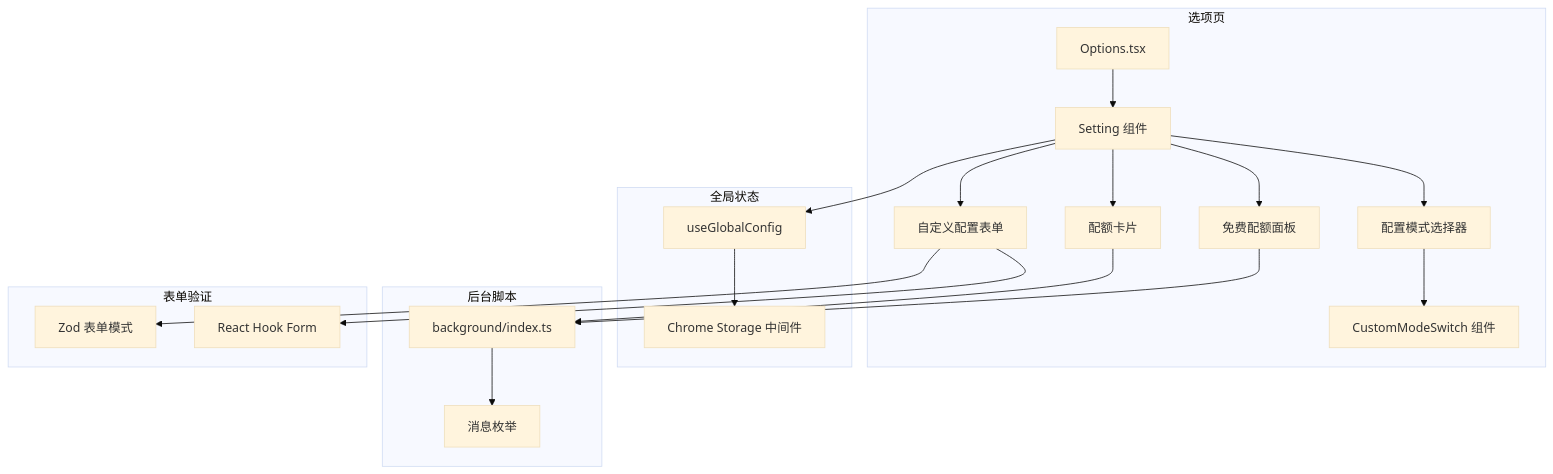
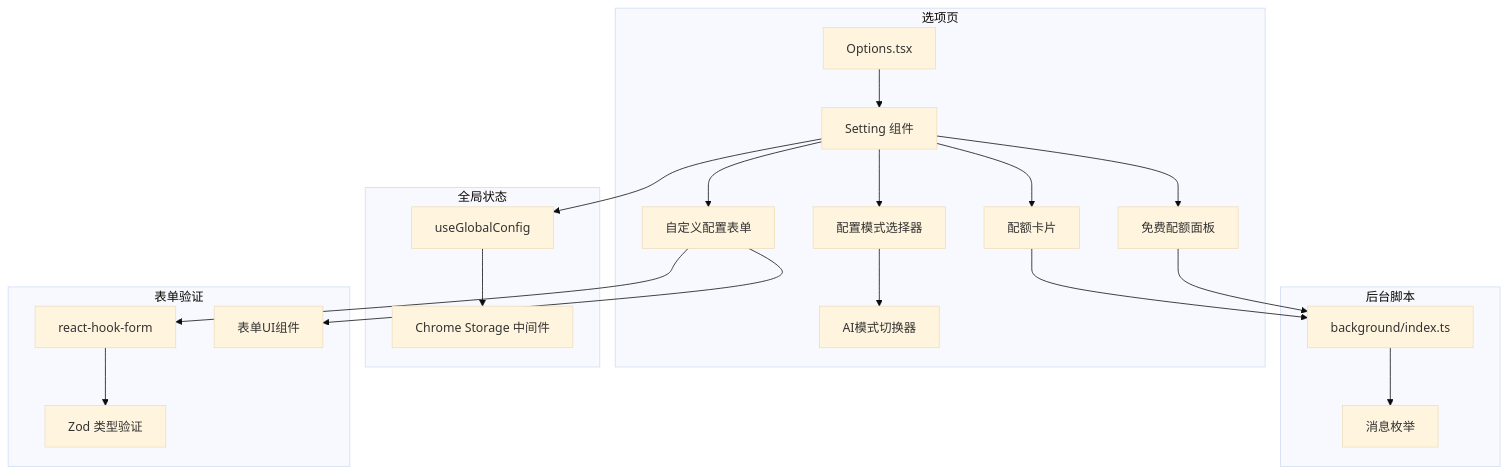
One commit to RadiumAg/bilibili-favorites changed the first of 8 diagrams in .qoder/repowiki/zh/content/核心功能模块/配置管理系统.md. Above: the diagram before and after it, drawn with Mermaid (base theme). The commit also changed other lines of this file and 27 other files, not shown here.

````diff
--- a/.qoder/repowiki/zh/content/核心功能模块/配置管理系统.md
+++ b/.qoder/repowiki/zh/content/核心功能模块/配置管理系统.md
@@ -55,37 +54,39 @@
 ```mermaid
 graph TB
 subgraph "选项页"
 Options["Options.tsx"]
 Setting["Setting 组件"]
 ConfigMode["配置模式选择器"]
-CustomModeSwitch["CustomModeSwitch 组件"]
+CustomModeSwitch["AI模式切换器"]
 CustomForm["自定义配置表单"]
 QuotaCard["配额卡片"]
 FreePanel["免费配额面板"]
 end
 subgraph "全局状态"
 GlobalStore["useGlobalConfig"]
 StorageMW["Chrome Storage 中间件"]
 end
 subgraph "后台脚本"
 Background["background/index.ts"]
 MessageEnum["消息枚举"]
 end
 subgraph "表单验证"
-FormSchema["Zod 表单模式"]
-FormProvider["React Hook Form"]
+ReactHookForm["react-hook-form"]
+ZodValidation["Zod 类型验证"]
+FormComponents["表单UI组件"]
 end
 Options --> Setting
 Setting --> ConfigMode
 ConfigMode --> CustomModeSwitch
 Setting --> CustomForm
 Setting --> QuotaCard
 Setting --> FreePanel
 Setting --> GlobalStore
 GlobalStore --> StorageMW
-CustomForm --> FormSchema
-CustomForm --> FormProvider
+CustomForm --> ReactHookForm
+ReactHookForm --> ZodValidation
+CustomForm --> FormComponents
 QuotaCard --> Background
 FreePanel --> Background
 Background --> MessageEnum
 ```
````
